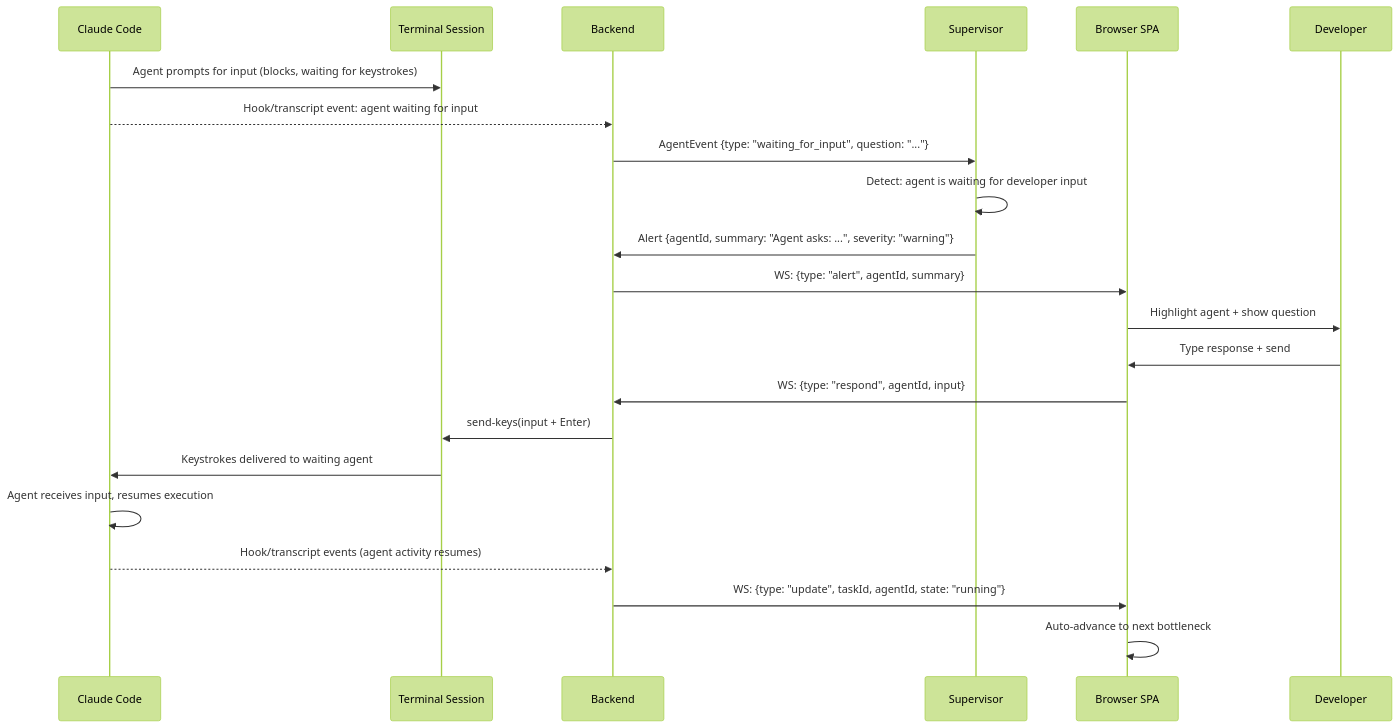
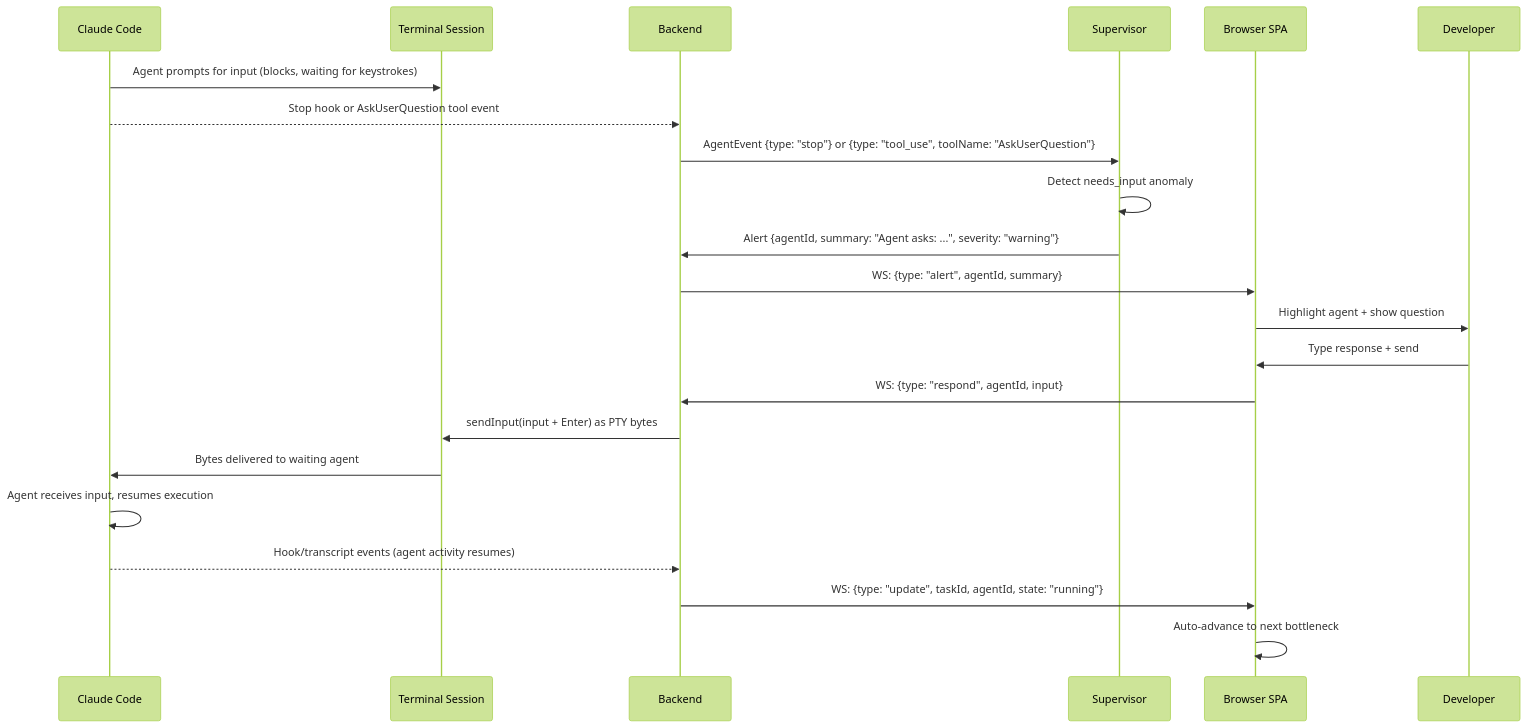
The second of 7 diagrams in docs/system-models/04-runtime-interactions.md (kookr-ai/kookr), drawn with Mermaid (forest theme) before and after one commit. The commit also changed other lines of this file and 23 other files, not shown here.

Commit message:
docs: reconcile architecture models with implementation

````diff
--- a/docs/system-models/04-runtime-interactions.md
+++ b/docs/system-models/04-runtime-interactions.md
@@ -37,25 +37,25 @@
 ```mermaid
 sequenceDiagram
   participant CC as Claude Code
   participant Term as Terminal Session
   participant BE as Backend
   participant Sup as Supervisor
   participant SPA as Browser SPA
   participant Dev as Developer
 
   CC->>Term: Agent prompts for input (blocks, waiting for keystrokes)
-  CC-->>BE: Hook/transcript event: agent waiting for input
-  BE->>Sup: AgentEvent {type: "waiting_for_input", question: "..."}
-  Sup->>Sup: Detect: agent is waiting for developer input
+  CC-->>BE: Stop hook or AskUserQuestion tool event
+  BE->>Sup: AgentEvent {type: "stop"} or {type: "tool_use", toolName: "AskUserQuestion"}
+  Sup->>Sup: Detect needs_input anomaly
   Sup->>BE: Alert {agentId, summary: "Agent asks: ...", severity: "warning"}
   BE->>SPA: WS: {type: "alert", agentId, summary}
   SPA->>Dev: Highlight agent + show question
   Dev->>SPA: Type response + send
   SPA->>BE: WS: {type: "respond", agentId, input}
-  BE->>Term: send-keys(input + Enter)
-  Term->>CC: Keystrokes delivered to waiting agent
+  BE->>Term: sendInput(input + Enter) as PTY bytes
+  Term->>CC: Bytes delivered to waiting agent
   CC->>CC: Agent receives input, resumes execution
   CC-->>BE: Hook/transcript events (agent activity resumes)
   BE->>SPA: WS: {type: "update", taskId, agentId, state: "running"}
   SPA->>SPA: Auto-advance to next bottleneck
 ```
````
